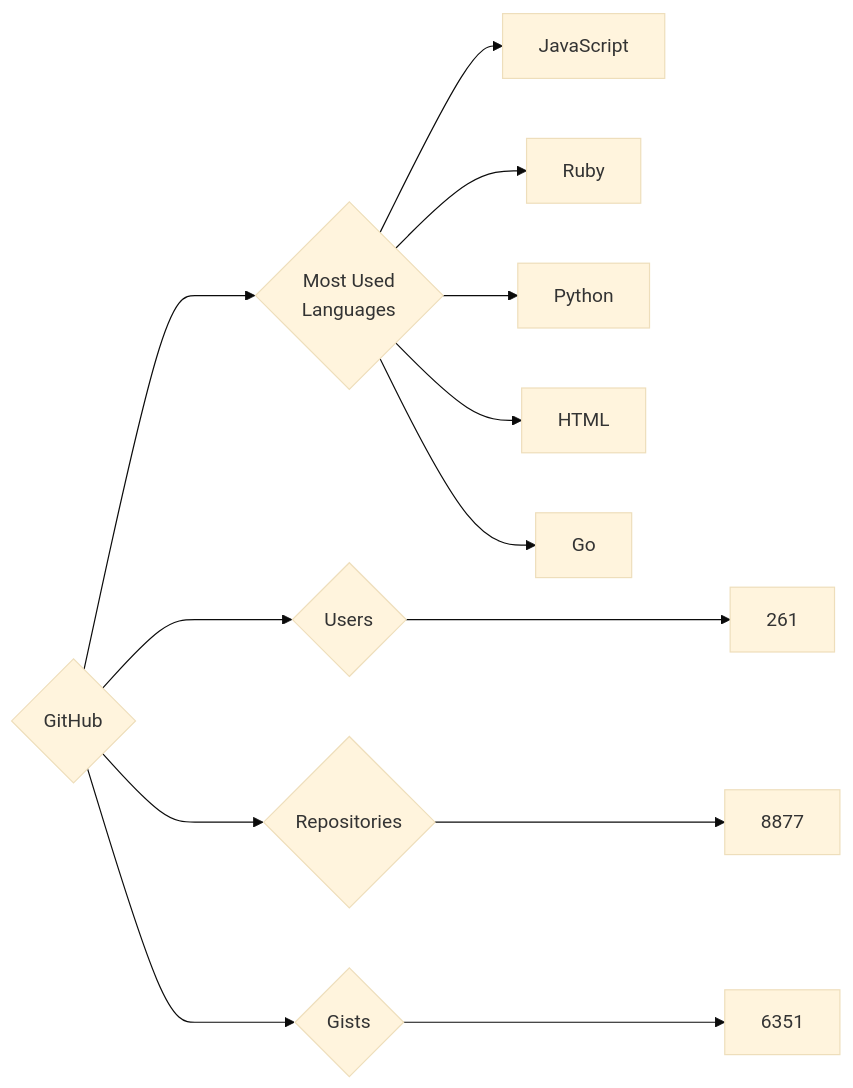
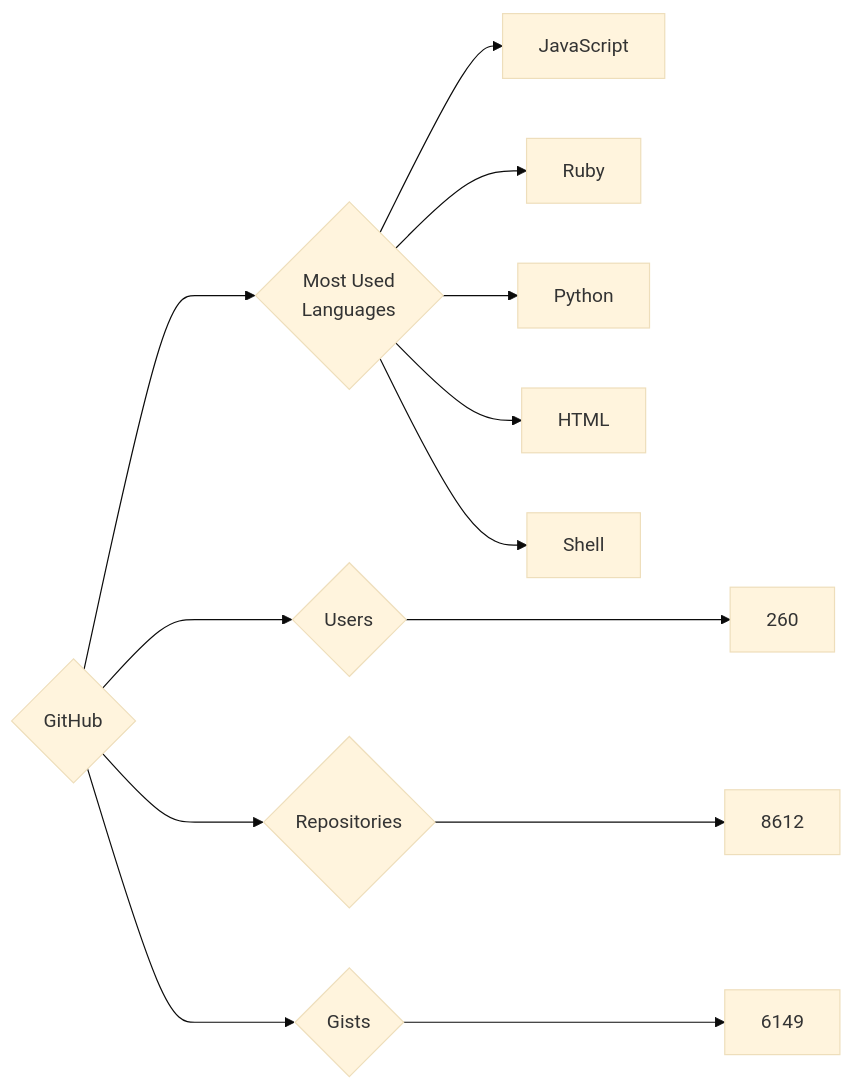
One commit to trickest/insiders changed the diagram in targets/GitHub/README.md. Above: the diagram before and after it, drawn with Mermaid (base theme). The commit also changed 823 other files, not shown here.

````diff
--- a/targets/GitHub/README.md
+++ b/targets/GitHub/README.md
@@ -3,13 +3,13 @@
 ```mermaid
 graph LR
 COMPANY_NAME{GitHub}
-COMPANY_NAME ---> U{Users} ---> UN[261]
-COMPANY_NAME ---> R{Repositories} ---> RN[8877]
-COMPANY_NAME ---> G{Gists} ---> GN[6351]
+COMPANY_NAME ---> U{Users} ---> UN[260]
+COMPANY_NAME ---> R{Repositories} ---> RN[8612]
+COMPANY_NAME ---> G{Gists} ---> GN[6149]
 COMPANY_NAME ---> ML{Most Used<br>Languages}
 ML --> JavaScript[JavaScript]
 ML --> Ruby[Ruby]
 ML --> Python[Python]
 ML --> HTML[HTML]
-ML --> Go[Go]
+ML --> Shell[Shell]
 ```
````
